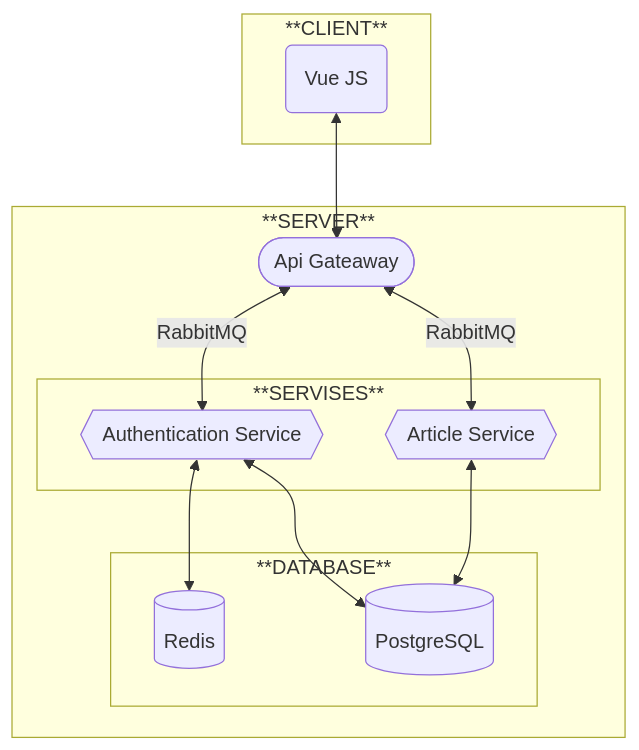
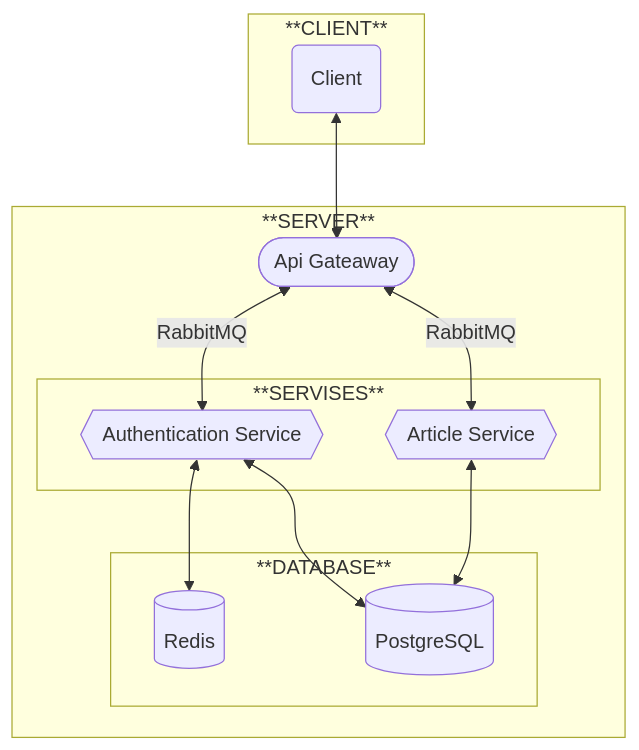
The diagram in README.md (AltairArs/Article-Management-System-v-L-1), drawn with Mermaid before and after one commit. The commit also changed other lines of this file and 3 other files, not shown here.

````diff
--- a/README.md
+++ b/README.md
@@ -22,36 +21,36 @@
 ```mermaid
 graph TD
-    client(Vue JS)
+    client(Client)
     apiGateaway([Api Gateaway])
     authenticationService{{Authentication Service}}
     articleService{{Article Service}}
     redis[(Redis)]
     postgres[(PostgreSQL)]
 
     client <--> apiGateaway
     apiGateaway <--> |RabbitMQ| authenticationService
     apiGateaway <--> |RabbitMQ| articleService
     authenticationService <--> redis
     authenticationService <--> postgres
     articleService <--> postgres
 
     subgraph **CLIENT**
     client
     end
 
     subgraph **SERVER**
 
     apiGateaway
 
     subgraph **DATABASE**
     redis
     postgres
     end
 
     subgraph **SERVISES**
     authenticationService
     articleService
     end
 
     end
 ```
````
